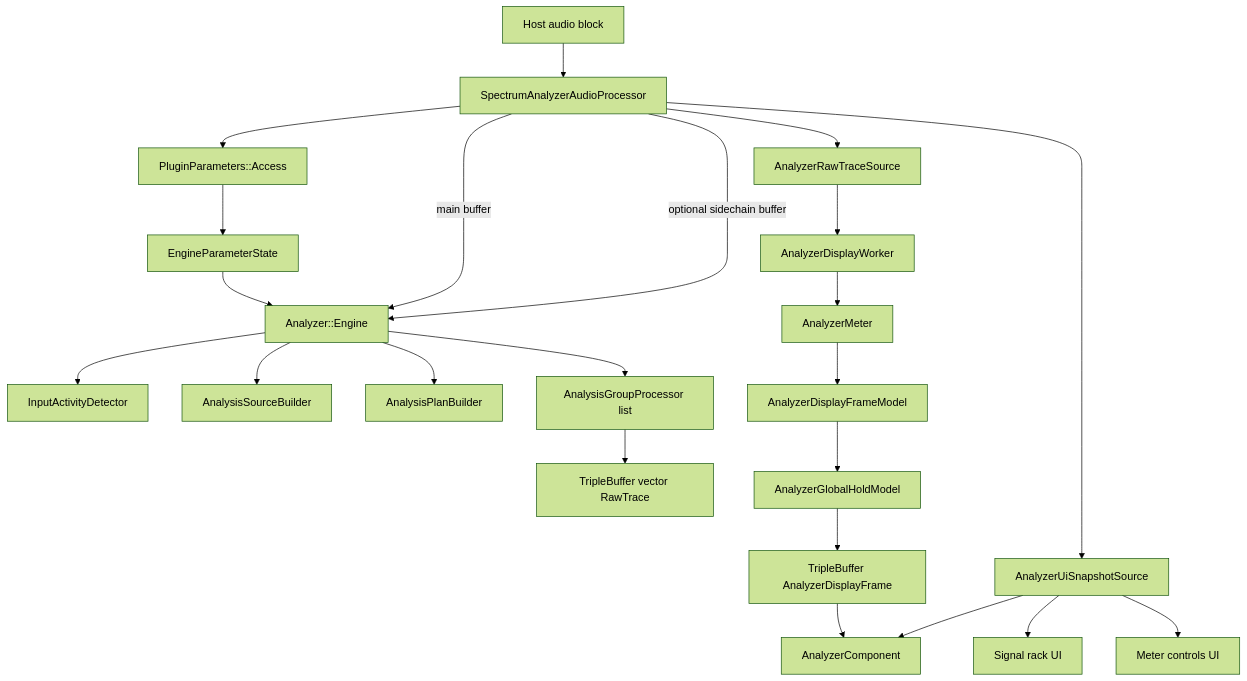
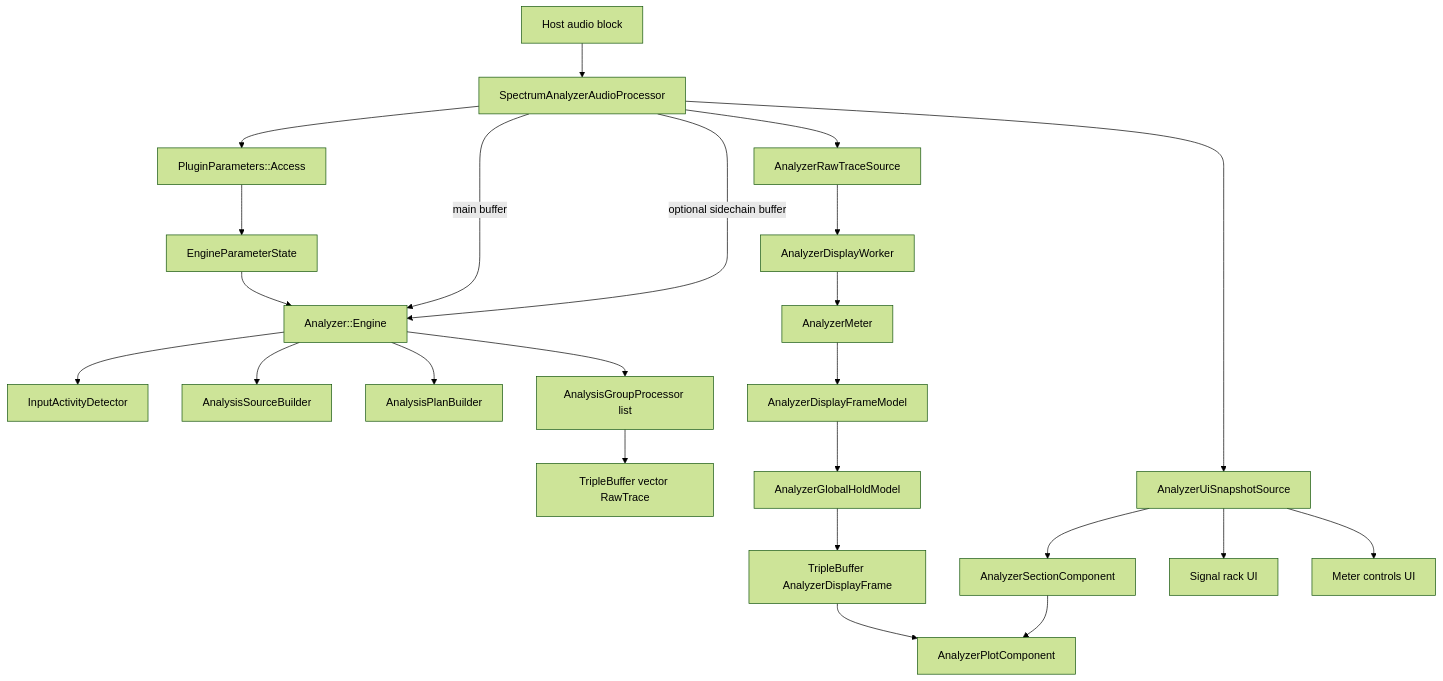
The first of 7 diagrams in docs/audio-processing-architecture.md (Silenterc/Band-Spectrum-Analyzer), drawn with Mermaid (forest theme) before and after one commit. The commit also changed other lines of this file and 16 other files, not shown here.

Commit message:
Moved the analyzer plot to its own component for better soc

````diff
--- a/docs/audio-processing-architecture.md
+++ b/docs/audio-processing-architecture.md
@@ -7,29 +7,30 @@
 ```mermaid
 flowchart TD
     Host[Host audio block] --> Processor[SpectrumAnalyzerAudioProcessor]
     Processor --> Params[PluginParameters::Access]
     Params --> EngineParams[EngineParameterState]
     EngineParams --> Engine[Analyzer::Engine]
 
     Processor -->|main buffer| Engine
     Processor -->|optional sidechain buffer| Engine
 
     Engine --> Activity[InputActivityDetector]
     Engine --> SourceBuilder[AnalysisSourceBuilder]
     Engine --> PlanBuilder[AnalysisPlanBuilder]
     Engine --> GroupProcessors[AnalysisGroupProcessor list]
     GroupProcessors --> RawPublish[TripleBuffer vector RawTrace]
 
     Processor --> RawTraceSource[AnalyzerRawTraceSource]
     RawTraceSource --> DisplayWorker[AnalyzerDisplayWorker]
     DisplayWorker --> Meter[AnalyzerMeter]
     Meter --> FrameModel[AnalyzerDisplayFrameModel]
     FrameModel --> Hold[AnalyzerGlobalHoldModel]
     Hold --> DisplayPublish[TripleBuffer AnalyzerDisplayFrame]
 
-    DisplayPublish --> AnalyzerComponent
+    DisplayPublish --> Plot[AnalyzerPlotComponent]
     Processor --> SnapshotSource[AnalyzerUiSnapshotSource]
-    SnapshotSource --> AnalyzerComponent
+    SnapshotSource --> Section[AnalyzerSectionComponent]
+    Section --> Plot
     SnapshotSource --> Rack[Signal rack UI]
     SnapshotSource --> Controls[Meter controls UI]
 ```
````
